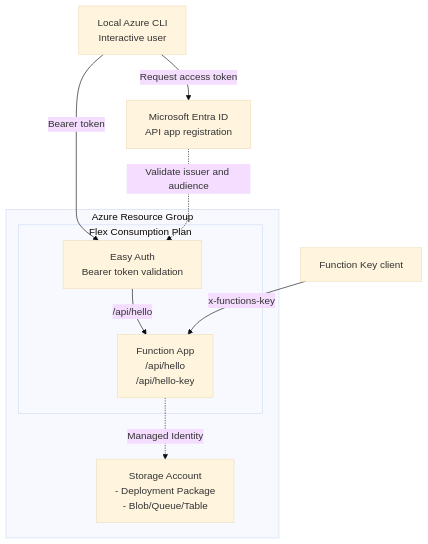
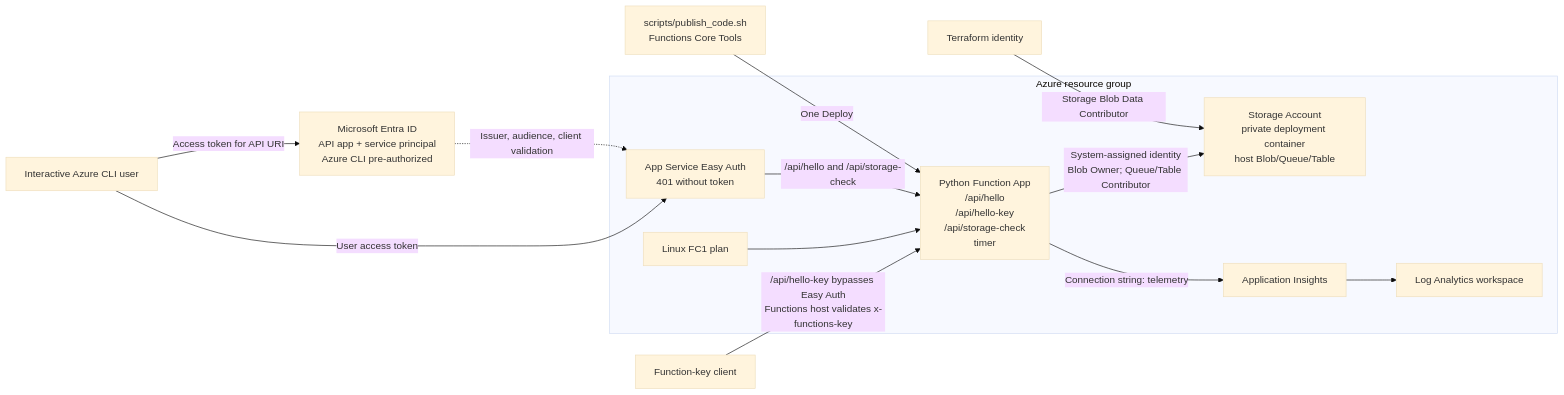
Before and after one commit to ks6088ts/template-terraform: the diagram in infra/scenarios/azure_functions_flex_consumption/README.md, drawn with Mermaid (base theme). The commit also changed other lines of this file and 20 other files, not shown here.

Commit message:
Complete monitored Flex Consumption hands-on and offline verification

````diff
--- a/infra/scenarios/azure_functions_flex_consumption/README.md
+++ b/infra/scenarios/azure_functions_flex_consumption/README.md
@@ -39,21 +11,17 @@
 ```mermaid
-flowchart TB
-  CLI["Local Azure CLI<br/>Interactive user"]
-  KeyClient["Function Key client"]
-  Entra["Microsoft Entra ID<br/>API app registration"]
-
-    subgraph Azure["Azure Resource Group"]
-        subgraph FlexConsumption["Flex Consumption Plan"]
-      EasyAuth["Easy Auth<br/>Bearer token validation"]
-      FA["Function App<br/>/api/hello<br/>/api/hello-key"]
-        end
-        ST["Storage Account<br/>- Deployment Package<br/>- Blob/Queue/Table"]
-    end
-
-  CLI -->|Request access token| Entra
-  CLI -->|Bearer token| EasyAuth
-  Entra -.->|Validate issuer and audience| EasyAuth
-  EasyAuth -->|/api/hello| FA
-  KeyClient -->|x-functions-key| FA
-    FA -.->|Managed Identity| ST
+flowchart LR
+  User["Interactive Azure CLI user"] -->|Access token for API URI| Entra["Microsoft Entra ID<br/>API app + service principal<br/>Azure CLI pre-authorized"]
+  User -->|User access token| Auth
+  Entra -.->|Issuer, audience, client validation| Auth
+  Key["Function-key client"] -->|/api/hello-key bypasses Easy Auth<br/>Functions host validates x-functions-key| App
+  subgraph RG["Azure resource group"]
+    Auth["App Service Easy Auth<br/>401 without token"]
+    Plan["Linux FC1 plan"] --> App["Python Function App<br/>/api/hello<br/>/api/hello-key<br/>/api/storage-check<br/>timer"]
+    Auth -->|/api/hello and /api/storage-check| App
+    App -->|System-assigned identity<br/>Blob Owner; Queue/Table Contributor| Storage["Storage Account<br/>private deployment container<br/>host Blob/Queue/Table"]
+    App -->|Connection string: telemetry| AI["Application Insights"]
+    AI --> LA["Log Analytics workspace"]
+  end
+  Operator["Terraform identity"] -->|Storage Blob Data Contributor| Storage
+  Publisher["scripts/publish_code.sh<br/>Functions Core Tools"] -->|One Deploy| App
 ```
````
